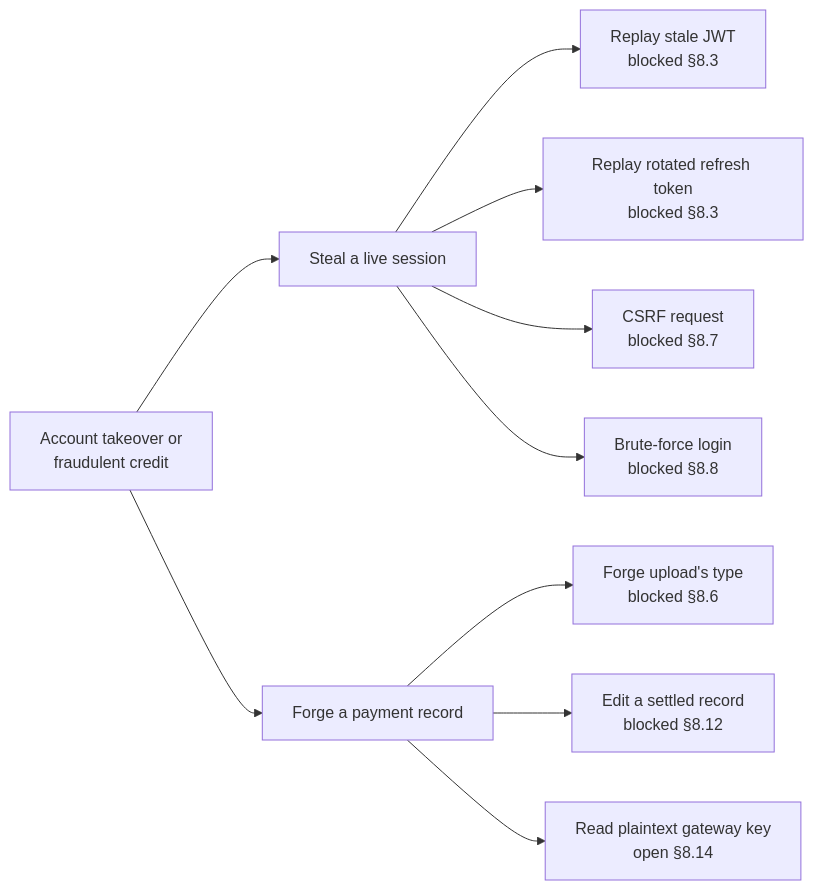
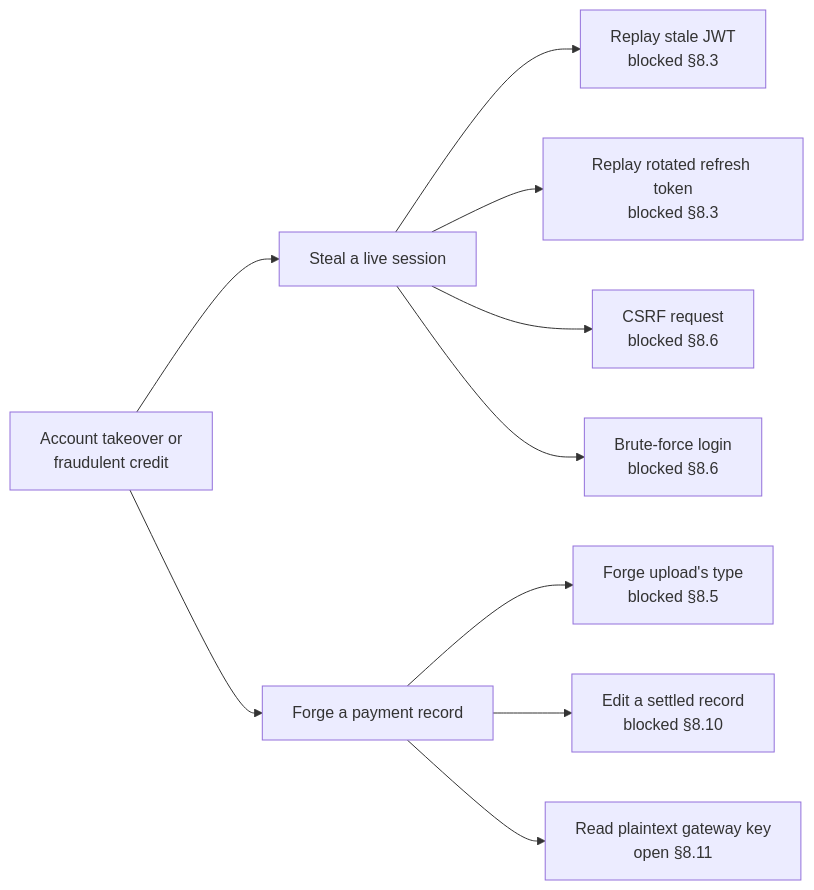
One commit to shalin-rahman/GHCAA changed the second of 6 diagrams in docs/book/08-security.md. Above: the diagram before and after it, drawn with Mermaid. The commit also changed other lines of this file and 42 other files, not shown here.

````diff
--- a/docs/book/08-security.md
+++ b/docs/book/08-security.md
@@ -494,23 +490,23 @@
 ```mermaid
 flowchart LR
     GOAL["Account takeover or\nfraudulent credit"]
     A["Steal a live session"]
     B["Forge a payment record"]
     A1["Replay stale JWT<br/>blocked §8.3"]
     A2["Replay rotated refresh token<br/>blocked §8.3"]
-    A3["CSRF request<br/>blocked §8.7"]
-    A4["Brute-force login<br/>blocked §8.8"]
-    B1["Forge upload's type<br/>blocked §8.6"]
-    B2["Edit a settled record<br/>blocked §8.12"]
-    B3["Read plaintext gateway key<br/>open §8.14"]
+    A3["CSRF request<br/>blocked §8.6"]
+    A4["Brute-force login<br/>blocked §8.6"]
+    B1["Forge upload's type<br/>blocked §8.5"]
+    B2["Edit a settled record<br/>blocked §8.10"]
+    B3["Read plaintext gateway key<br/>open §8.11"]
 
     GOAL --> A
     GOAL --> B
     A --> A1
     A --> A2
     A --> A3
     A --> A4
     B --> B1
     B --> B2
     B --> B3
 ```
````
